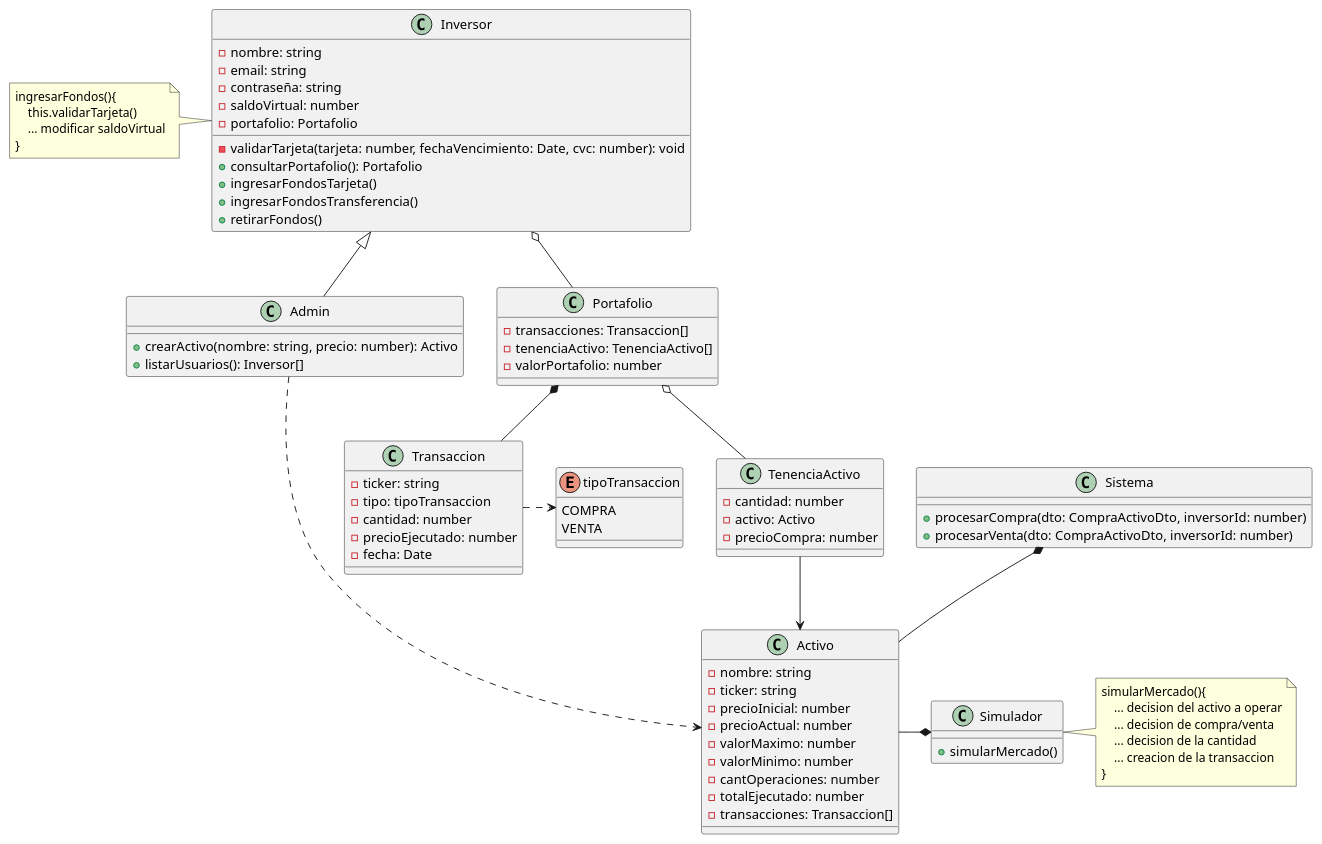
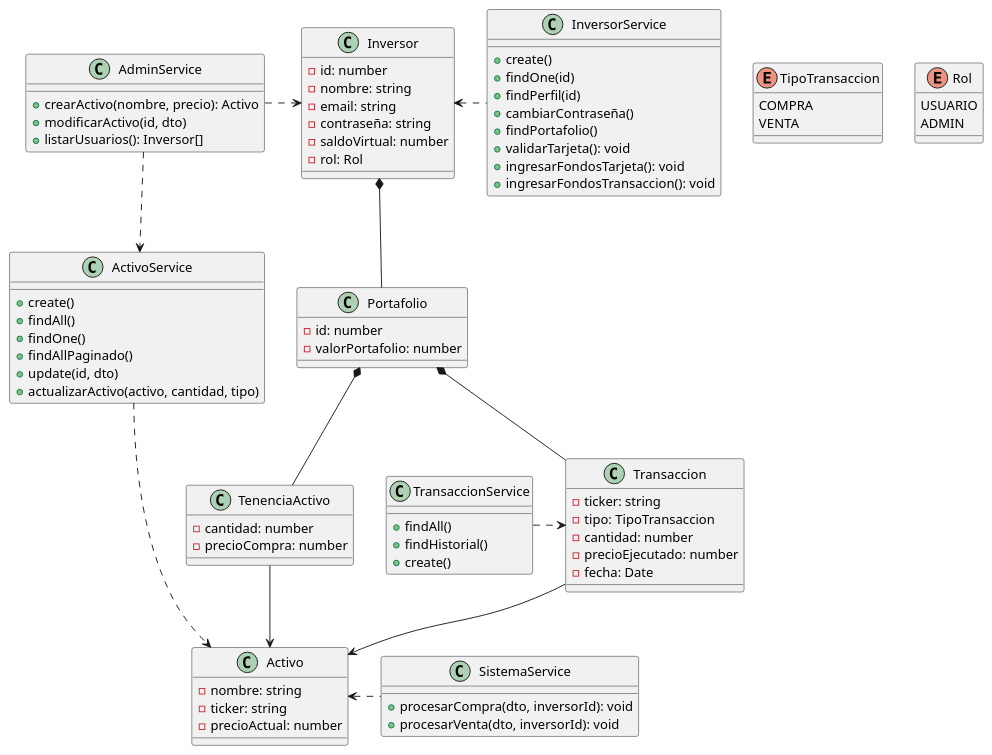
The diagram in diagramas/diagrama_de_clases.puml (Nash-Blip/Simulador-de-Inversiones), drawn with PlantUML before and after one commit. The commit also changed 1 other file, not shown here.

Commit message:
actualizo diagrama de clases y arreglo diagrama entidad-relación

```diff
--- a/diagramas/diagrama_de_clases.puml
+++ b/diagramas/diagrama_de_clases.puml
@@ -1,94 +1,97 @@
-@startuml name diagrama de clases
+@startuml diagrama_de_clases
 
-enum tipoTransaccion{
+enum TipoTransaccion {
     COMPRA
     VENTA
 }
 
-class Inversor{
+enum Rol {
+    USUARIO
+    ADMIN
+}
+
+class Inversor {
+    - id: number
     - nombre: string
     - email: string
     - contraseña: string
     - saldoVirtual: number
-    - portafolio: Portafolio
-
-    - validarTarjeta(tarjeta: number, fechaVencimiento: Date, cvc: number): void
-    + consultarPortafolio(): Portafolio
-    + ingresarFondosTarjeta()
-    + ingresarFondosTransferencia()
-    + retirarFondos()
+    - rol: Rol
 }
 
-class Admin extends Inversor{
-    + crearActivo(nombre: string, precio: number): Activo
-    + listarUsuarios(): Inversor[]
-}
-
-class Portafolio{
-    - transacciones: Transaccion[]
-    - tenenciaActivo: TenenciaActivo[]
+class Portafolio {
+    - id: number
     - valorPortafolio: number
 }
 
-class TenenciaActivo{
+class TenenciaActivo {
     - cantidad: number
-    - activo: Activo
     - precioCompra: number
 }
 
-class Transaccion{
+class Transaccion {
     - ticker: string
-    - tipo: tipoTransaccion
+    - tipo: TipoTransaccion
     - cantidad: number
     - precioEjecutado: number
     - fecha: Date
 }
 
-class Activo{
+class Activo {
     - nombre: string
     - ticker: string
-    - precioInicial: number
     - precioActual: number
-    - valorMaximo: number
-    - valorMinimo: number
-    - cantOperaciones: number
-    - totalEjecutado: number
-    - transacciones: Transaccion[]
 }
 
-class Simulador{
-    + simularMercado()
+' Capa de Servicios (Representación de la lógica)
+class InversorService {
+    + create()
+    + findOne(id)
+    + findPerfil(id)
+    + cambiarContraseña()
+    + findPortafolio()
+    + validarTarjeta(): void
+    + ingresarFondosTarjeta(): void
+    + ingresarFondosTransaccion(): void
 }
 
-class Sistema{
-    + procesarCompra(dto: CompraActivoDto, inversorId: number)
-    + procesarVenta(dto: CompraActivoDto, inversorId: number)
+class SistemaService {
+    + procesarCompra(dto, inversorId): void
+    + procesarVenta(dto, inversorId): void
 }
 
+class AdminService {
+    + crearActivo(nombre, precio): Activo
+    + modificarActivo(id, dto)
+    + listarUsuarios(): Inversor[]
+}
 
-note right of Simulador 
-    simularMercado(){
-        ... decision del activo a operar
-        ... decision de compra/venta
-        ... decision de la cantidad
-        ... creacion de la transaccion 
-    }
-end note
+class ActivoService {
+    + create()
+    + findAll()
+    + findOne()
+    + findAllPaginado()
+    + update(id, dto)
+    + actualizarActivo(activo, cantidad, tipo)
+}
 
-note left of Inversor 
-    ingresarFondos(){
-        this.validarTarjeta()
-        ... modificar saldoVirtual
-    }
-end note
+class TransaccionService {
+    + findAll()
+    + findHistorial()
+    + create()
+}
 
-Inversor o-- Portafolio 
-Portafolio *-- Transaccion
-Transaccion .r.> tipoTransaccion
-Admin ..> Activo
-Portafolio o-- TenenciaActivo
-TenenciaActivo --> Activo
-Simulador *-l- Activo
-Sistema *-d- Activo
+' Relaciones
+Inversor  *-d-  Portafolio
+Portafolio  *-d-  Transaccion
+Portafolio *-d- TenenciaActivo
+TenenciaActivo -d-> Activo
+Transaccion --> Activo
+InversorService .l.> Inversor
+AdminService .r.> Inversor
+ActivoService .r.> Activo
+TransaccionService .r.> Transaccion
+SistemaService .l.> Activo
+AdminService .d.> ActivoService
 
 @enduml
```
